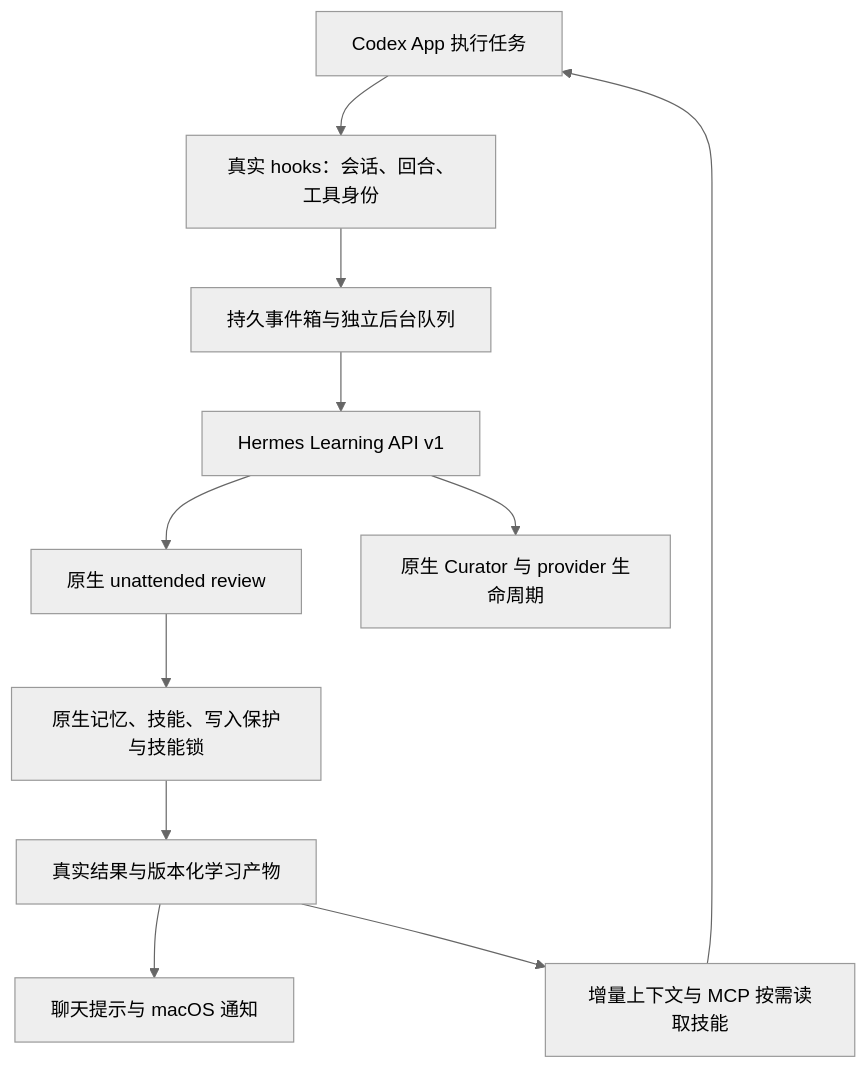
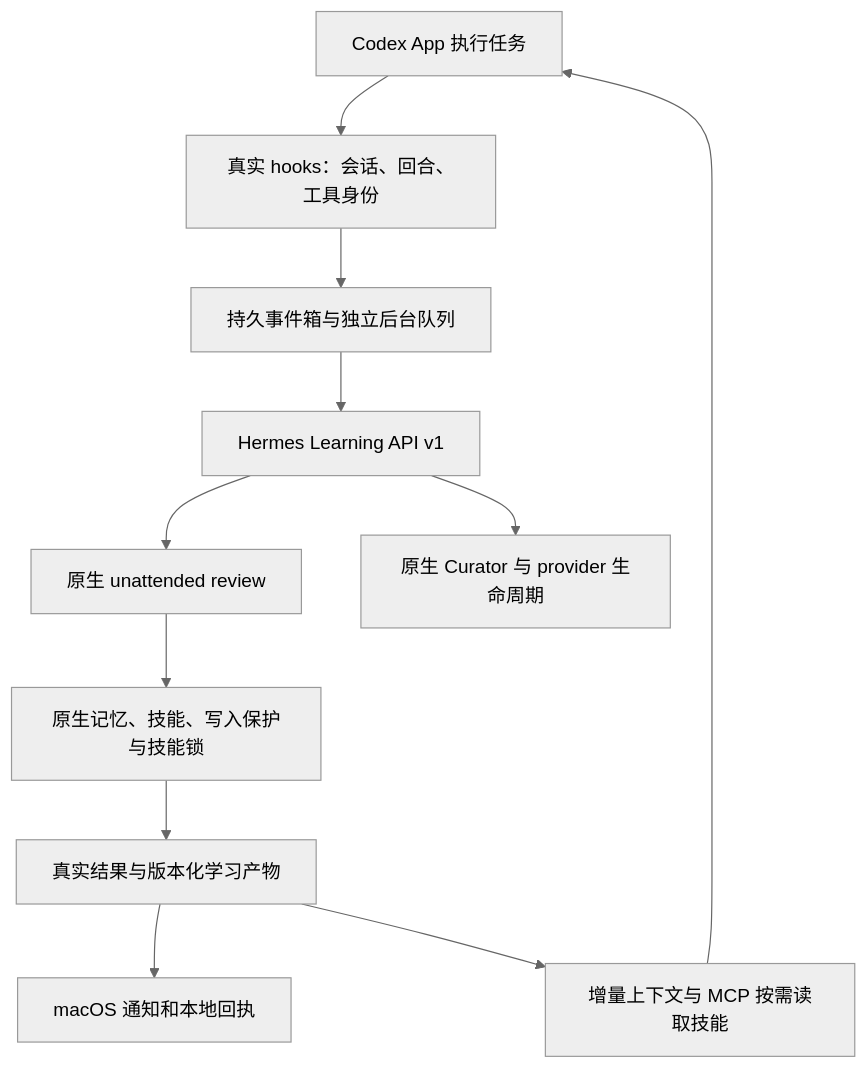
The diagram in docs/ARCHITECTURE.zh-CN.md (cYz26/codex-hermes-plugin), drawn with Mermaid (neutral theme) before and after one commit. The commit also changed other lines of this file and 87 other files, not shown here.

````diff
--- a/docs/ARCHITECTURE.zh-CN.md
+++ b/docs/ARCHITECTURE.zh-CN.md
@@ -9,13 +9,13 @@
 ```mermaid
 flowchart TD
     A[Codex App 执行任务] --> B[真实 hooks：会话、回合、工具身份]
     B --> C[持久事件箱与独立后台队列]
     C --> D[Hermes Learning API v1]
     D --> E[原生 unattended review]
     E --> F[原生记忆、技能、写入保护与技能锁]
     D --> G[原生 Curator 与 provider 生命周期]
     F --> H[真实结果与版本化学习产物]
-    H --> I[聊天提示与 macOS 通知]
+    H --> I[macOS 通知和本地回执]
     H --> J[增量上下文与 MCP 按需读取技能]
     J --> A
 ```
````
